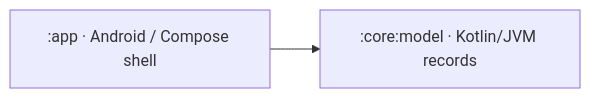
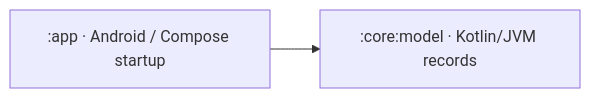
One commit to soyeezy1-svg/EezyDraw changed the first of 2 diagrams in docs/ARCHITECTURE.md. Above: the diagram before and after it, drawn with Mermaid. The commit also changed other lines of this file and 25 other files, not shown here.

````diff
--- a/docs/ARCHITECTURE.md
+++ b/docs/ARCHITECTURE.md
@@ -7,4 +7,4 @@
 ```mermaid
 flowchart LR
-    app[":app · Android / Compose shell"] --> model[":core:model · Kotlin/JVM records"]
+    app[":app · Android / Compose startup"] --> model[":core:model · Kotlin/JVM records"]
 ```
````
